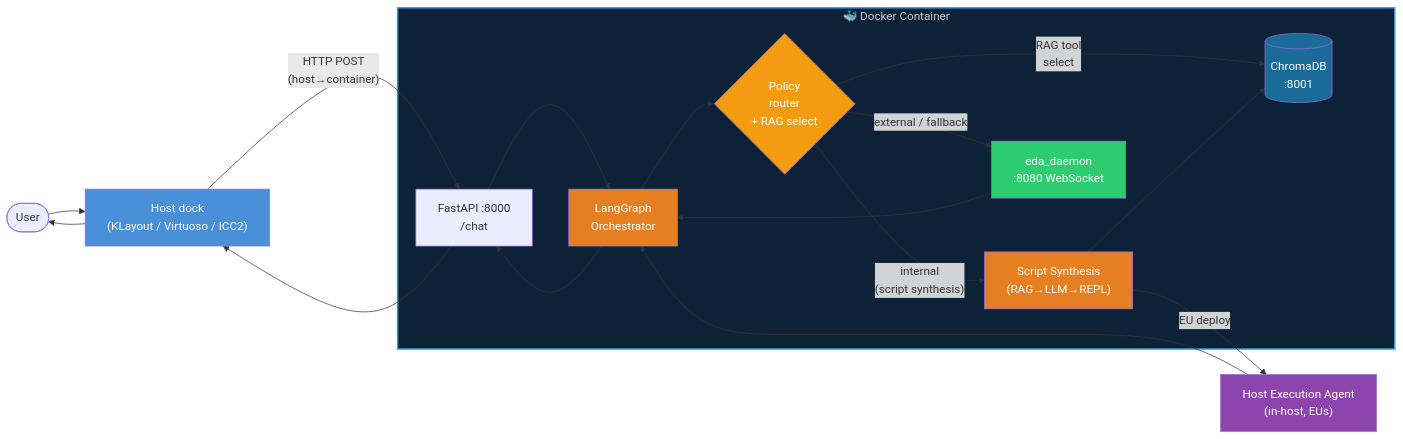
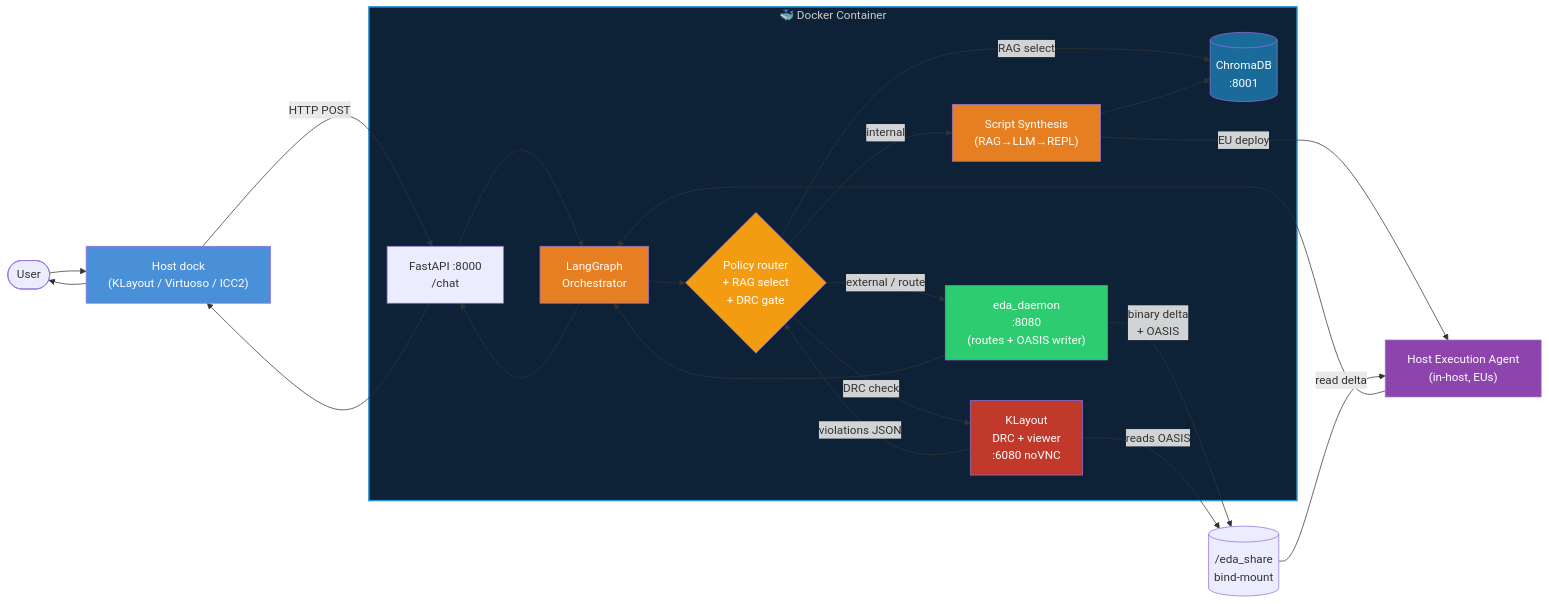
One commit to sandipanghosh81/programming changed the first of 12 diagrams in vlsi/docs/architecture.md. Above: the diagram before and after it, drawn with Mermaid. The commit also changed other lines of this file and 1 other file, not shown here.

````diff
--- a/vlsi/docs/architecture.md
+++ b/vlsi/docs/architecture.md
@@ -44,36 +45,44 @@
 ```mermaid
 flowchart LR
     User([User])
     Dock["Host dock\n(KLayout / Virtuoso / ICC2)"]
     HEA["Host Execution Agent\n(in-host, EUs)"]
+    Share[("/eda_share\nbind-mount")]
 
     subgraph DC["🐳 Docker Container"]
         API["FastAPI :8000\n/chat"]
         G["LangGraph\nOrchestrator"]
-        P{"Policy\nrouter\n+ RAG select"}
+        P{"Policy router\n+ RAG select\n+ DRC gate"}
         SS["Script Synthesis\n(RAG→LLM→REPL)"]
         CDB[("ChromaDB\n:8001")]
-        D["eda_daemon\n:8080 WebSocket"]
+        D["eda_daemon\n:8080\n(routes + OASIS writer)"]
+        KL["KLayout\nDRC + viewer\n:6080 noVNC"]
     end
 
     User --> Dock
-    Dock -- "HTTP POST\n(host→container)" --> API
+    Dock -- "HTTP POST" --> API
     API --> G --> P
-    P -- "RAG tool\nselect" --> CDB
-    P -- "internal\n(script synthesis)" --> SS
+    P -- "RAG select" --> CDB
+    P -- "internal" --> SS
     SS --> CDB
     SS -- "EU deploy" --> HEA
-    P -- "external / fallback" --> D
+    P -- "external / route" --> D
+    D -- "binary delta\n+ OASIS" --> Share
+    Share -- "read delta" --> HEA
+    P -- "DRC check" --> KL
+    KL -- "reads OASIS" --> Share
+    KL -- "violations JSON" --> P
     HEA --> G
     D --> G
     G --> API --> Dock --> User
 
     style G fill:#e67e22,color:#fff
     style P fill:#f39c12,color:#fff
     style SS fill:#e67e22,color:#fff
     style HEA fill:#8e44ad,color:#fff
     style D fill:#2ecc71,color:#fff
     style Dock fill:#4a90d9,color:#fff
     style CDB fill:#1a6b9a,color:#fff
+    style KL fill:#c0392b,color:#fff
     style DC fill:#0d2137,color:#ccc,stroke:#3498db,stroke-width:2px
 ```
````
